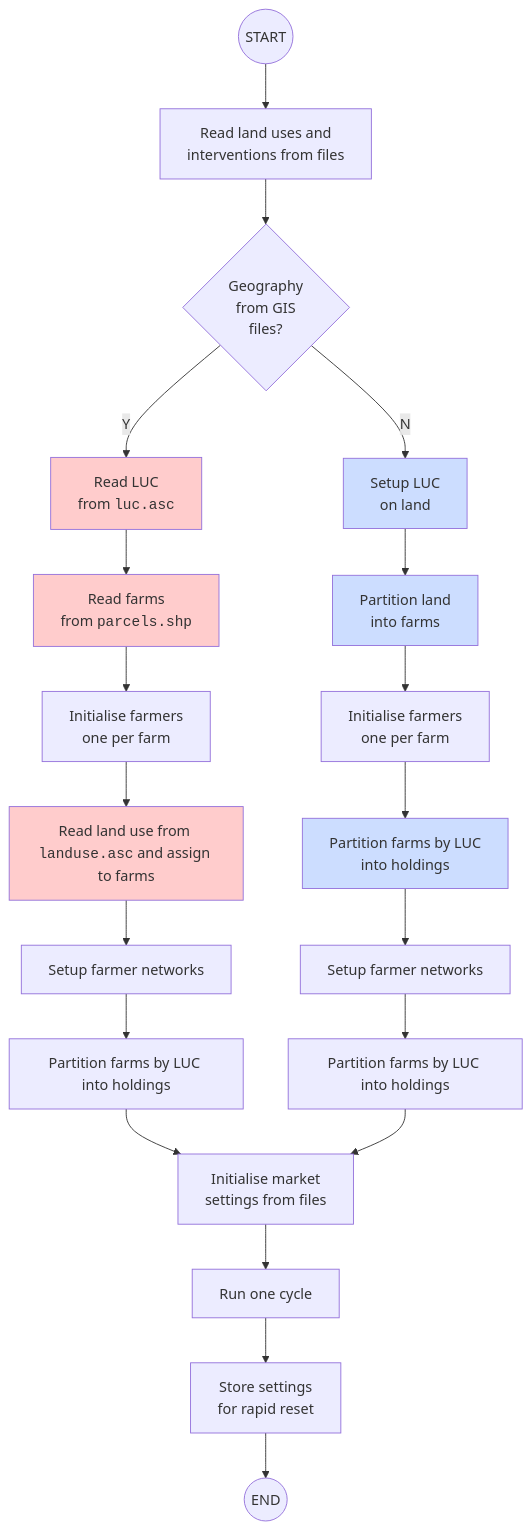
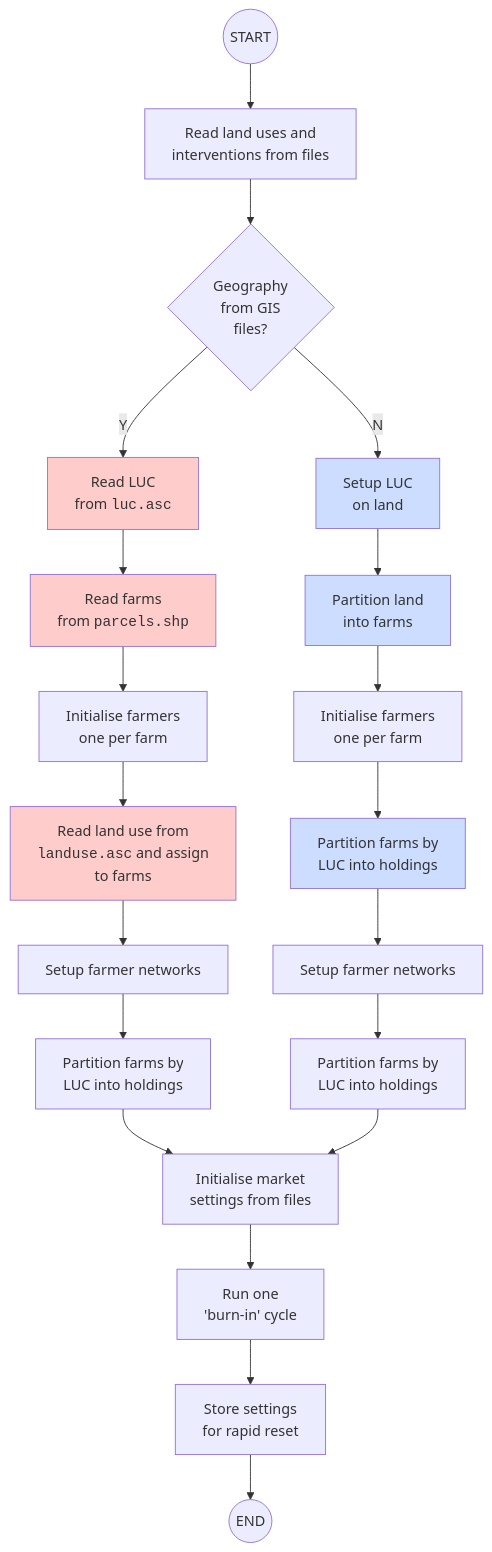
One commit to DOSull/moving-the-middle-abm changed the diagram in model-description/documents/01a-model-initialisation.qmd. Above: the diagram before and after it, drawn with Mermaid. The commit also changed other lines of this file and 21 other files, not shown here.

````diff
--- a/model-description/documents/01a-model-initialisation.qmd
+++ b/model-description/documents/01a-model-initialisation.qmd
@@ -31,45 +29,45 @@
 ```{mermaid}
 flowchart TB
   A((START))
   B[Read land uses and<br>interventions from files]
   C{Geography<br>from GIS<br>files?}
   D[Read LUC<br>from <span style='font-family:monospace;'>luc.asc</span>]
   E[Read farms<br>from <span style='font-family:monospace;'>parcels.shp</span>]
   F[Initialise farmers<br>one per farm]
-  G[Read land use from <span style='font-family:monospace;'>landuse.asc</span> and assign to farms]
+  G[Read land use from<br><span style='font-family:monospace;'>landuse.asc</span> and assign<br>to farms]
   H[Setup farmer networks]
-  I[Partition farms by LUC into holdings]
+  I[Partition farms by<br>LUC into holdings]
   J[Setup LUC<br>on land]
   K[Partition land<br>into farms]
   L[Initialise farmers<br>one per farm]
-  M[Partition farms by LUC<br>into holdings]
+  M[Partition farms by<br>LUC into holdings]
   N[Setup farmer networks]
-  O[Partition farms by LUC into holdings]
+  O[Partition farms by<br>LUC into holdings]
   P[Initialise market<br>settings from files]
-  Q[Run one cycle]
+  Q[Run one<br>'burn-in' cycle]
   R[Store settings<br>for rapid reset]
   S((END))
   A --> B
   B --> C
   C -->|Y| D
   D --> E
   E --> F
   F --> G
   G --> H
   H --> I
   I --> P
   C -->|N| J
   J --> K
   K --> L
   L --> M
   M --> N
   N --> O
   O --> P
   P --> Q
   Q --> R
   R --> S
   classDef pink fill:#fcc
   classDef blue fill:#cdf
   class D,E,G pink
   class J,K,M blue
 ```
````
